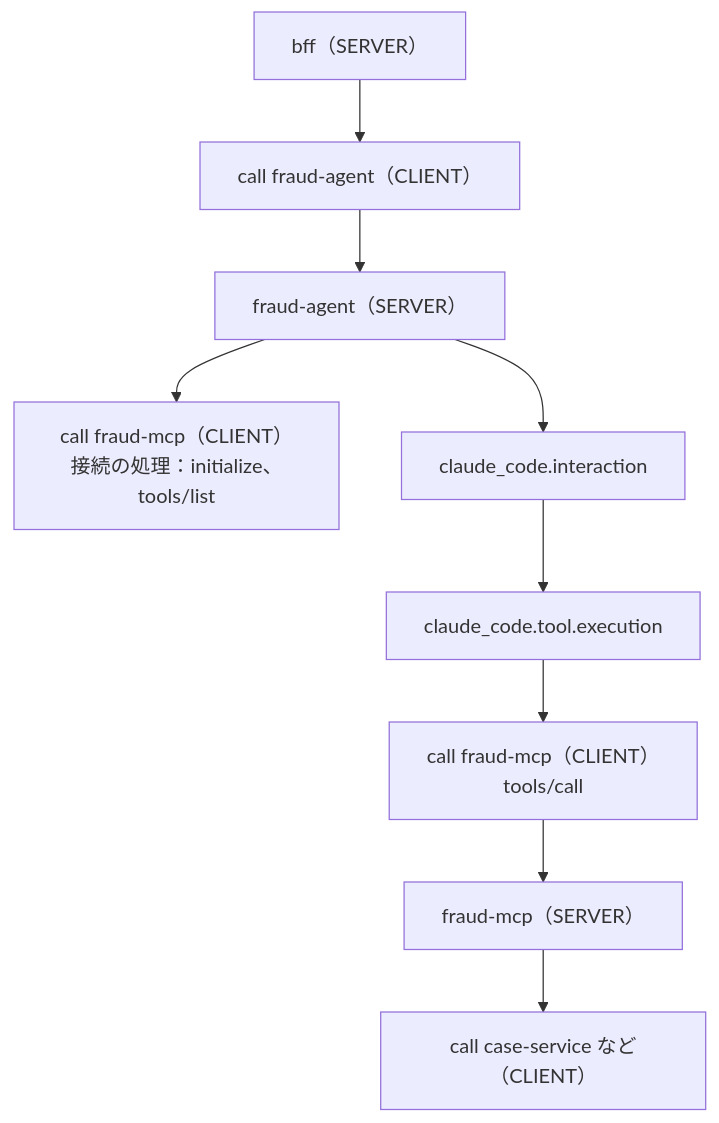
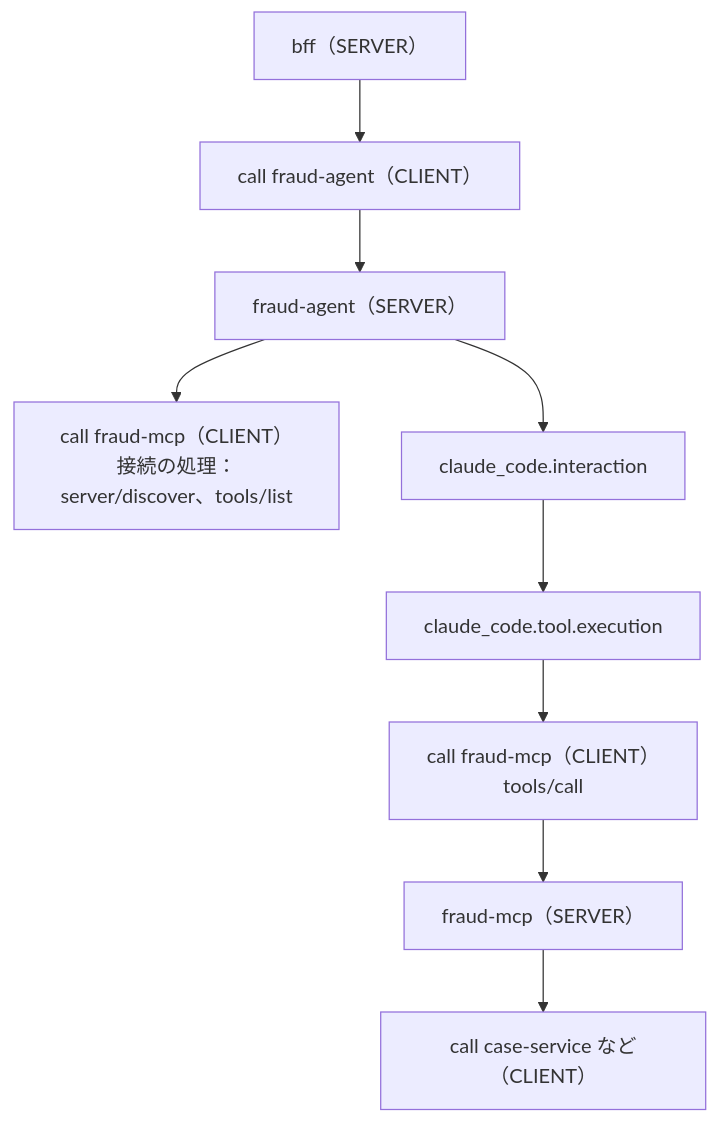
Before and after one commit to mahitotsu/gekko_08: the fifth of 7 diagrams in docs/design/architecture.md, drawn with Mermaid. The commit also changed other lines of this file and 3 other files, not shown here.

````diff
--- a/docs/design/architecture.md
+++ b/docs/design/architecture.md
@@ -513,11 +514,11 @@
 ```mermaid
 flowchart TD
   bff["bff（SERVER）"] --> callAgent["call fraud-agent（CLIENT）"]
   callAgent --> agentIn["fraud-agent（SERVER）"]
-  agentIn --> connect["call fraud-mcp（CLIENT）<br/>接続の処理：initialize、tools/list"]
+  agentIn --> connect["call fraud-mcp（CLIENT）<br/>接続の処理：server/discover、tools/list"]
   agentIn --> interaction["claude_code.interaction"]
   interaction --> toolExec["claude_code.tool.execution"]
   toolExec --> callMcp["call fraud-mcp（CLIENT）<br/>tools/call"]
   callMcp --> mcpIn["fraud-mcp（SERVER）"]
   mcpIn --> callCase["call case-service など（CLIENT）"]
 ```
````
